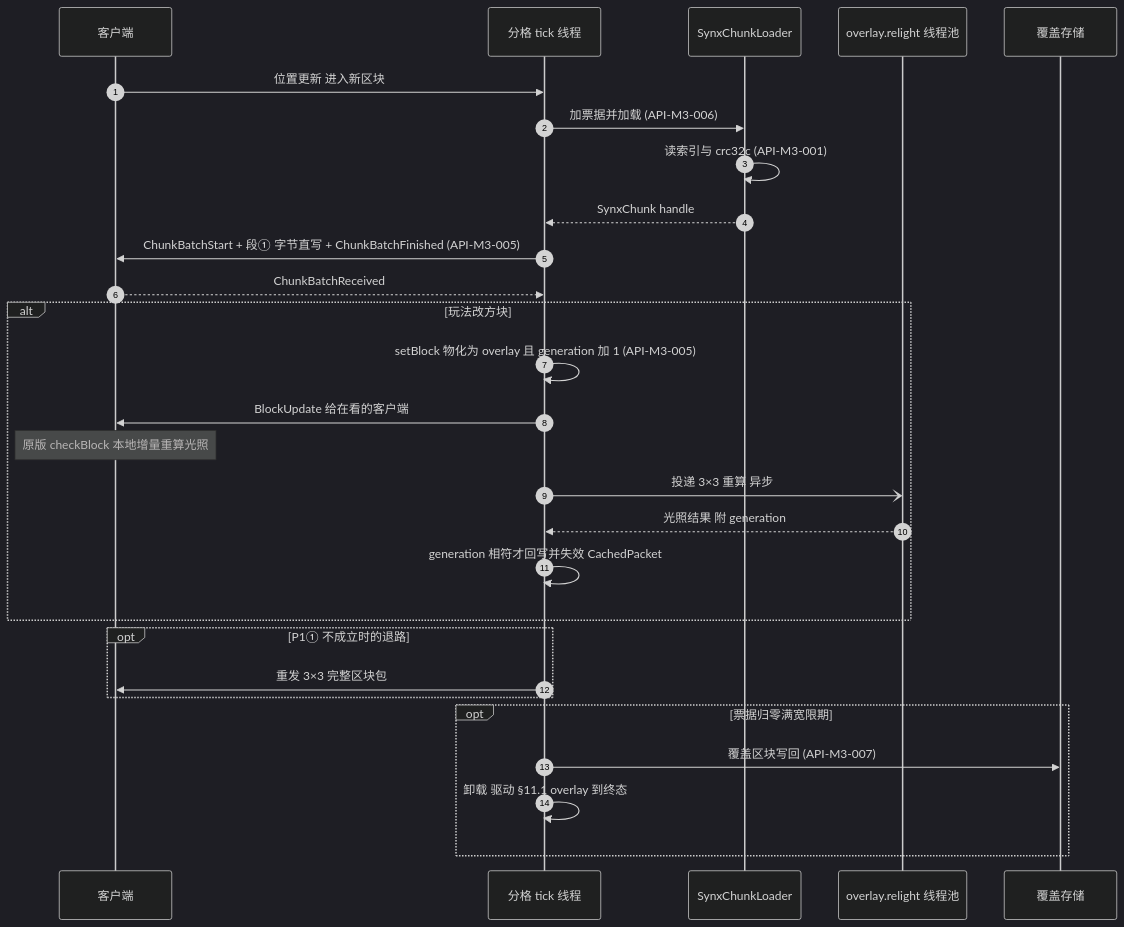
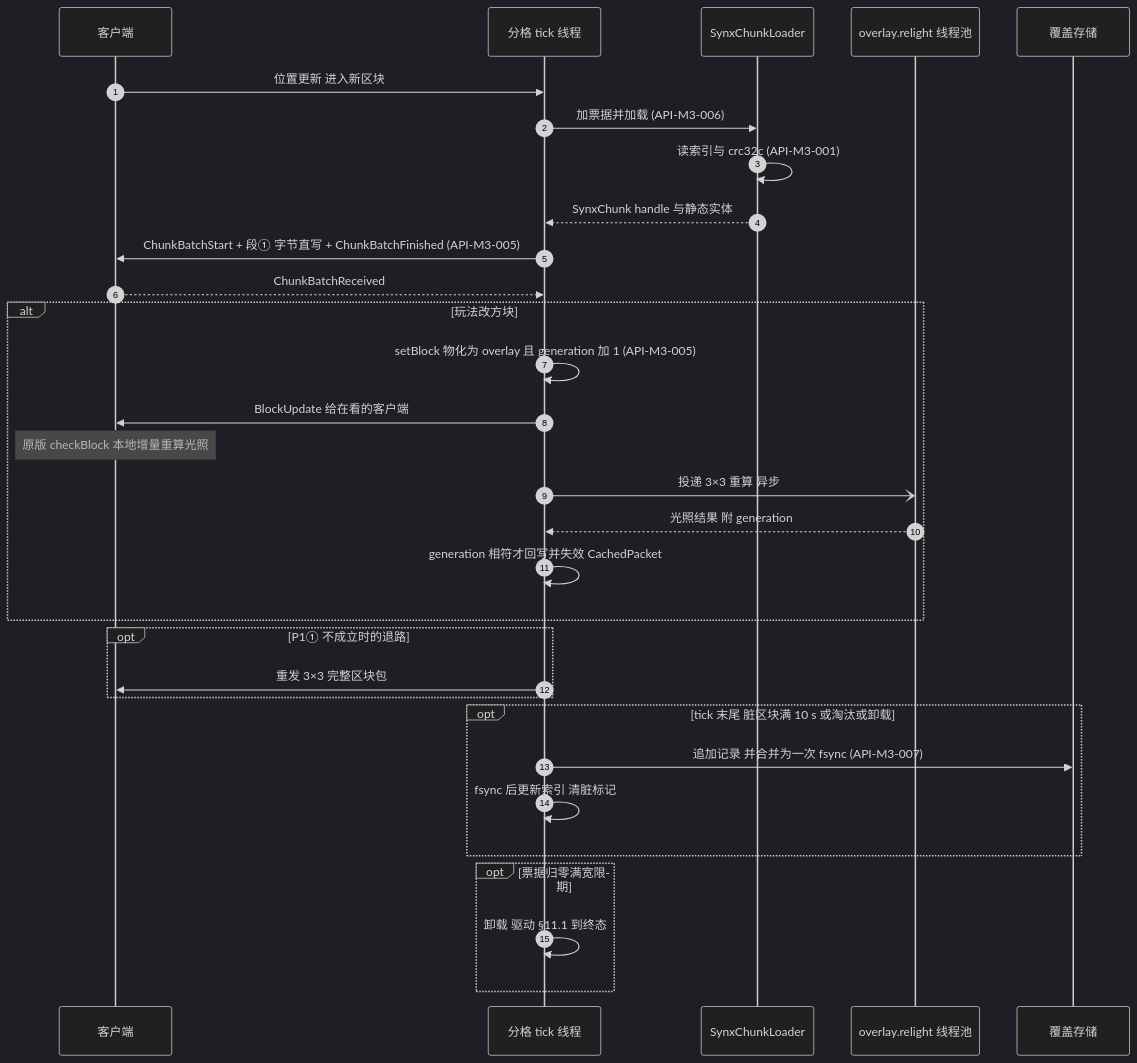
One commit to Bearisbug/synaxis changed the fifth of 9 diagrams in docs/DESIGN-M3.md. Above: the diagram before and after it, drawn with Mermaid (dark theme). The commit also changed other lines of this file and 5 other files, not shown here.

````diff
--- a/docs/DESIGN-M3.md
+++ b/docs/DESIGN-M3.md
@@ -605,30 +640,33 @@
 ```mermaid
 sequenceDiagram
   autonumber
   participant C as 客户端
   participant T as 分格 tick 线程
   participant L as SynxChunkLoader
   participant P as overlay.relight 线程池
   participant O as 覆盖存储
   C->>T: 位置更新 进入新区块
   T->>L: 加票据并加载 (API-M3-006)
   L->>L: 读索引与 crc32c (API-M3-001)
-  L-->>T: SynxChunk handle
+  L-->>T: SynxChunk handle 与静态实体
   T->>C: ChunkBatchStart + 段① 字节直写 + ChunkBatchFinished (API-M3-005)
   C-->>T: ChunkBatchReceived
   alt 玩法改方块
     T->>T: setBlock 物化为 overlay 且 generation 加 1 (API-M3-005)
     T->>C: BlockUpdate 给在看的客户端
     Note over C: 原版 checkBlock 本地增量重算光照
     T-)P: 投递 3×3 重算 异步
     P-->>T: 光照结果 附 generation
     T->>T: generation 相符才回写并失效 CachedPacket
   end
   opt P1① 不成立时的退路
     T->>C: 重发 3×3 完整区块包
   end
+  opt tick 末尾 脏区块满 10 s 或淘汰或卸载
+    T->>O: 追加记录 并合并为一次 fsync (API-M3-007)
+    T->>T: fsync 后更新索引 清脏标记
+  end
   opt 票据归零满宽限期
-    T->>O: 覆盖区块写回 (API-M3-007)
-    T->>T: 卸载 驱动 §11.1 overlay 到终态
+    T->>T: 卸载 驱动 §11.1 到终态
   end
 ```
````
